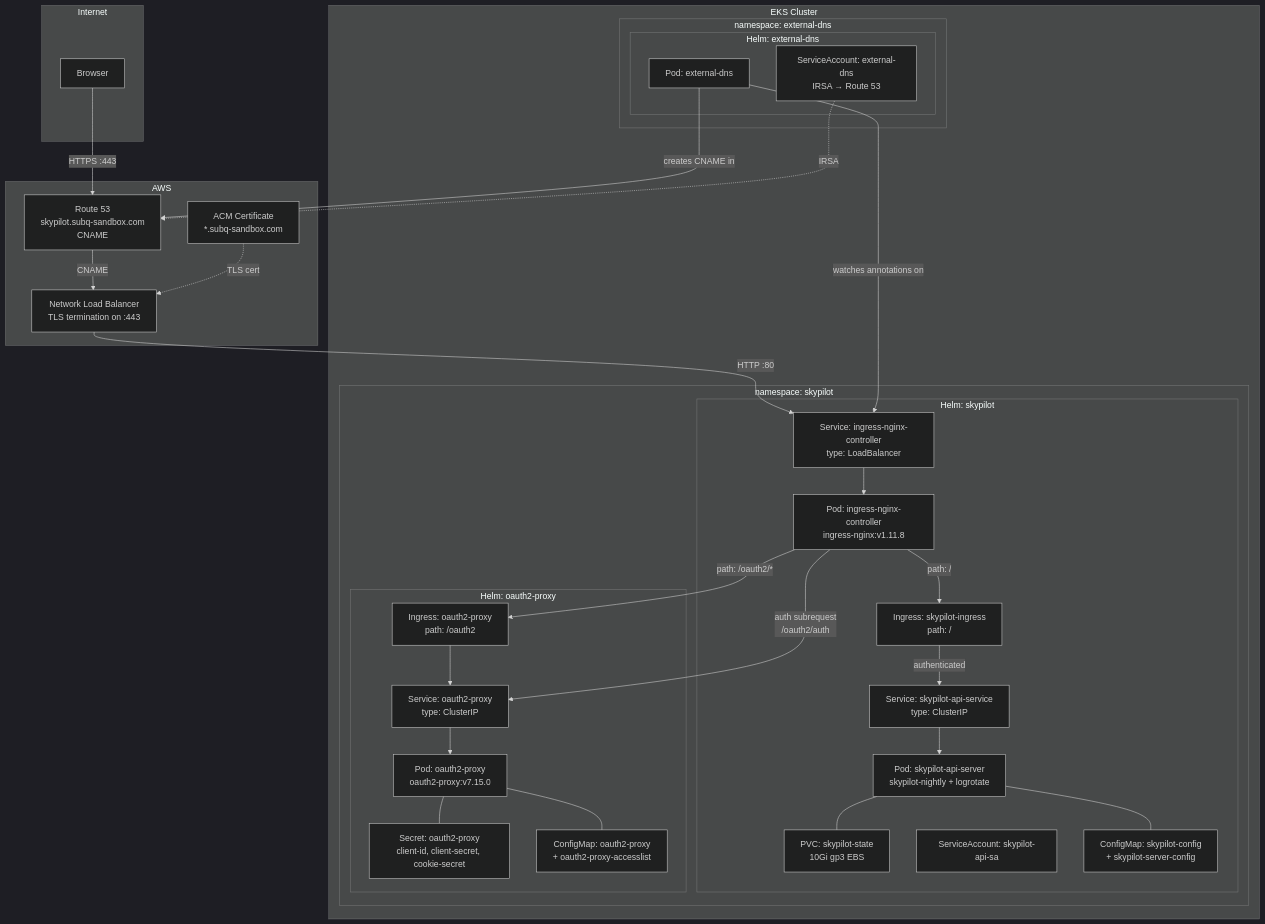
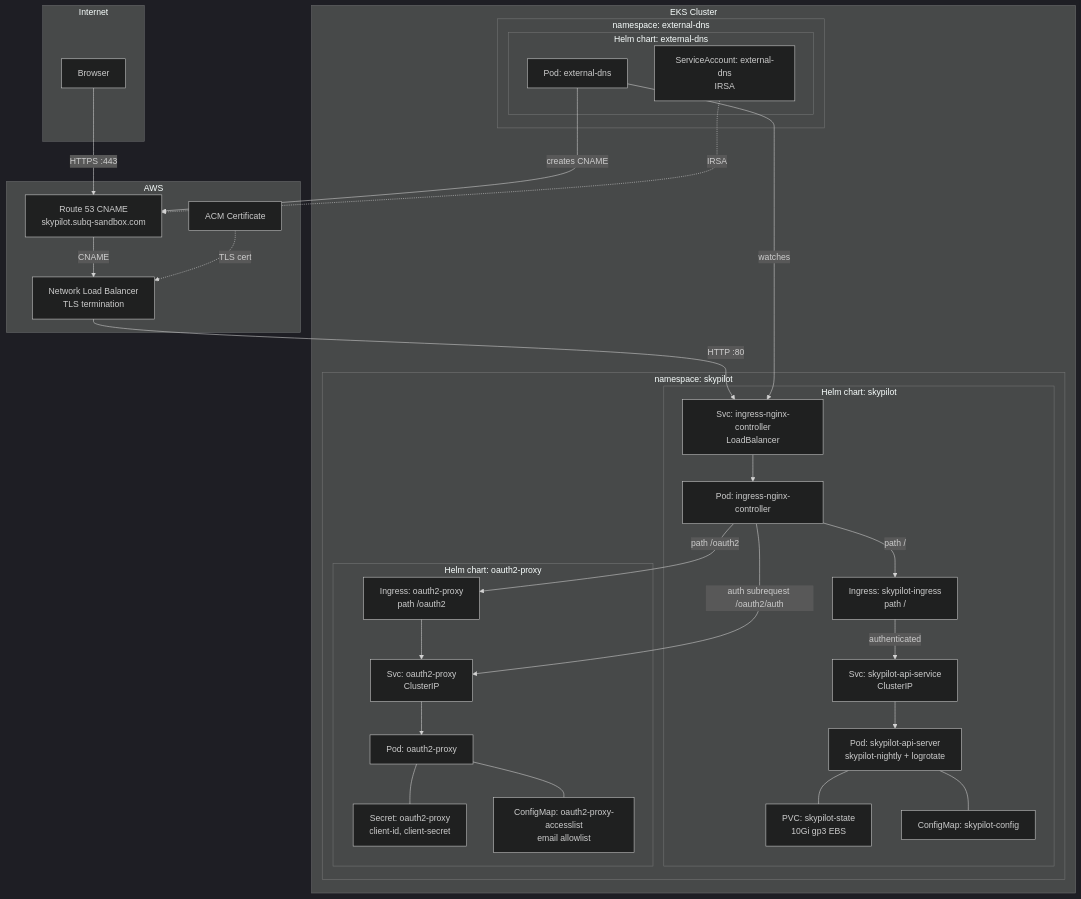
Before and after one commit to mlops-club/auto-monitoring-hackathon: the first of 2 diagrams in infra/README.md, drawn with Mermaid (dark theme). The commit also changed other lines of this file, not shown here.

Commit message:
Fix mermaid diagram syntax for GitHub rendering
Quote labels with special characters and replace hyphens in node IDs
with underscores to fix mermaid parse errors.

````diff
--- a/infra/README.md
+++ b/infra/README.md
@@ -18,66 +18,65 @@
 ```mermaid
 graph TB
     subgraph Internet
-        Browser[Browser]
+        Browser["Browser"]
     end
 
     subgraph AWS
-        R53[Route 53<br/>skypilot.subq-sandbox.com<br/>CNAME]
-        ACM[ACM Certificate<br/>*.subq-sandbox.com]
-        NLB[Network Load Balancer<br/>TLS termination on :443]
+        R53["Route 53 CNAME<br/>skypilot.subq-sandbox.com"]
+        ACM["ACM Certificate"]
+        NLB["Network Load Balancer<br/>TLS termination"]
     end
 
-    subgraph EKS Cluster
-        subgraph ns-skypilot [namespace: skypilot]
-            subgraph helm-skypilot [Helm: skypilot]
-                nginx[Pod: ingress-nginx-controller<br/>ingress-nginx:v1.11.8]
-                nginx-svc[Service: ingress-nginx-controller<br/>type: LoadBalancer]
-                skypilot-pod[Pod: skypilot-api-server<br/>skypilot-nightly + logrotate]
-                skypilot-svc[Service: skypilot-api-service<br/>type: ClusterIP]
-                skypilot-ingress[Ingress: skypilot-ingress<br/>path: /]
-                pvc[PVC: skypilot-state<br/>10Gi gp3 EBS]
-                skypilot-sa[ServiceAccount: skypilot-api-sa]
-                skypilot-cm[ConfigMap: skypilot-config<br/>+ skypilot-server-config]
+    subgraph EKS["EKS Cluster"]
+        subgraph ns_skypilot["namespace: skypilot"]
+            subgraph helm_skypilot["Helm chart: skypilot"]
+                nginx["Pod: ingress-nginx-controller"]
+                nginx_svc["Svc: ingress-nginx-controller<br/>LoadBalancer"]
+                skypilot_pod["Pod: skypilot-api-server<br/>skypilot-nightly + logrotate"]
+                skypilot_svc["Svc: skypilot-api-service<br/>ClusterIP"]
+                skypilot_ingress["Ingress: skypilot-ingress<br/>path /"]
+                pvc["PVC: skypilot-state<br/>10Gi gp3 EBS"]
+                skypilot_cm["ConfigMap: skypilot-config"]
             end
 
-            subgraph helm-oauth2 [Helm: oauth2-proxy]
-                oauth2-pod[Pod: oauth2-proxy<br/>oauth2-proxy:v7.15.0]
-                oauth2-svc[Service: oauth2-proxy<br/>type: ClusterIP]
-                oauth2-ingress[Ingress: oauth2-proxy<br/>path: /oauth2]
-                oauth2-secret[Secret: oauth2-proxy<br/>client-id, client-secret, cookie-secret]
-                oauth2-cm[ConfigMap: oauth2-proxy<br/>+ oauth2-proxy-accesslist]
+            subgraph helm_oauth2["Helm chart: oauth2-proxy"]
+                oauth2_pod["Pod: oauth2-proxy"]
+                oauth2_svc["Svc: oauth2-proxy<br/>ClusterIP"]
+                oauth2_ingress["Ingress: oauth2-proxy<br/>path /oauth2"]
+                oauth2_secret["Secret: oauth2-proxy<br/>client-id, client-secret"]
+                oauth2_cm["ConfigMap: oauth2-proxy-accesslist<br/>email allowlist"]
             end
         end
 
-        subgraph ns-externaldns [namespace: external-dns]
-            subgraph helm-extdns [Helm: external-dns]
-                extdns-pod[Pod: external-dns]
-                extdns-sa[ServiceAccount: external-dns<br/>IRSA → Route 53]
+        subgraph ns_externaldns["namespace: external-dns"]
+            subgraph helm_extdns["Helm chart: external-dns"]
+                extdns_pod["Pod: external-dns"]
+                extdns_sa["ServiceAccount: external-dns<br/>IRSA"]
             end
         end
     end
 
-    Browser -->|HTTPS :443| R53
+    Browser -->|"HTTPS :443"| R53
     R53 -->|CNAME| NLB
     ACM -.->|TLS cert| NLB
-    NLB -->|HTTP :80| nginx-svc
-    nginx-svc --> nginx
+    NLB -->|"HTTP :80"| nginx_svc
+    nginx_svc --> nginx
 
-    nginx -->|auth subrequest<br/>/oauth2/auth| oauth2-svc
-    oauth2-svc --> oauth2-pod
-    oauth2-pod --- oauth2-secret
-    oauth2-pod --- oauth2-cm
+    nginx -->|"auth subrequest /oauth2/auth"| oauth2_svc
+    oauth2_svc --> oauth2_pod
+    oauth2_pod --- oauth2_secret
+    oauth2_pod --- oauth2_cm
 
-    nginx -->|path: /oauth2/*| oauth2-ingress
-    oauth2-ingress --> oauth2-svc
+    nginx -->|"path /oauth2"| oauth2_ingress
+    oauth2_ingress --> oauth2_svc
 
-    nginx -->|path: /| skypilot-ingress
-    skypilot-ingress -->|authenticated| skypilot-svc
-    skypilot-svc --> skypilot-pod
-    skypilot-pod --- pvc
-    skypilot-pod --- skypilot-cm
+    nginx -->|"path /"| skypilot_ingress
+    skypilot_ingress -->|authenticated| skypilot_svc
+    skypilot_svc --> skypilot_pod
+    skypilot_pod --- pvc
+    skypilot_pod --- skypilot_cm
 
-    extdns-pod -->|watches annotations on| nginx-svc
-    extdns-pod -->|creates CNAME in| R53
-    extdns-sa -.->|IRSA| R53
+    extdns_pod -->|watches| nginx_svc
+    extdns_pod -->|creates CNAME| R53
+    extdns_sa -.->|IRSA| R53
 ```
````
